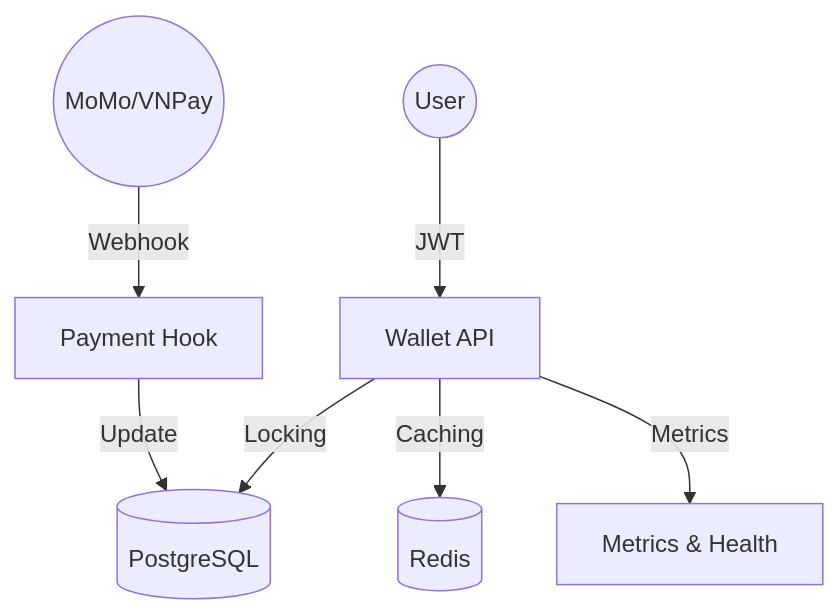
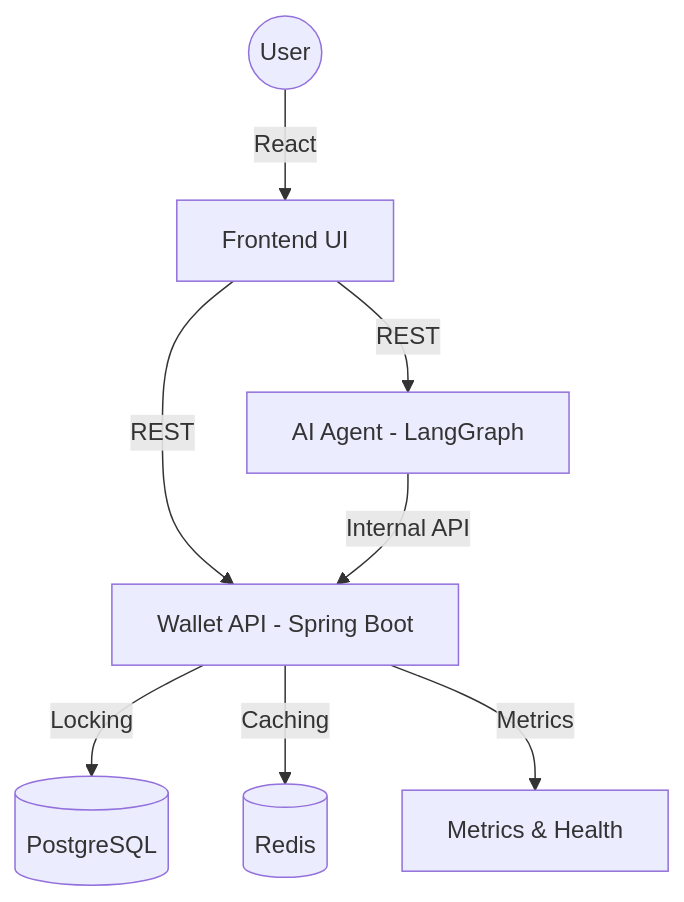
One commit to HoangHai0810/Wallet-System changed the diagram in README.md. Above: the diagram before and after it, drawn with Mermaid. The commit also changed other lines of this file and 27 other files, not shown here.

Commit message:
feat: implement LangGraph-based wallet chatbot backend and integrate React chat widget into dashboard

````diff
--- a/README.md
+++ b/README.md
@@ -76,9 +63,10 @@
 ```mermaid
 graph TD
-    User((User)) -->|JWT| API[Wallet API]
+    User((User)) -->|React| FE[Frontend UI]
+    FE -->|REST| API[Wallet API - Spring Boot]
+    FE -->|REST| Chatbot[AI Agent - LangGraph]
+    Chatbot -->|Internal API| API
     API -->|Locking| DB[(PostgreSQL)]
     API -->|Caching| Redis[(Redis)]
     API -->|Metrics| Actuator[Metrics & Health]
-    Partner((MoMo/VNPay)) -->|Webhook| WebhookHandler[Payment Hook]
-    WebhookHandler -->|Update| DB
 ```
````
